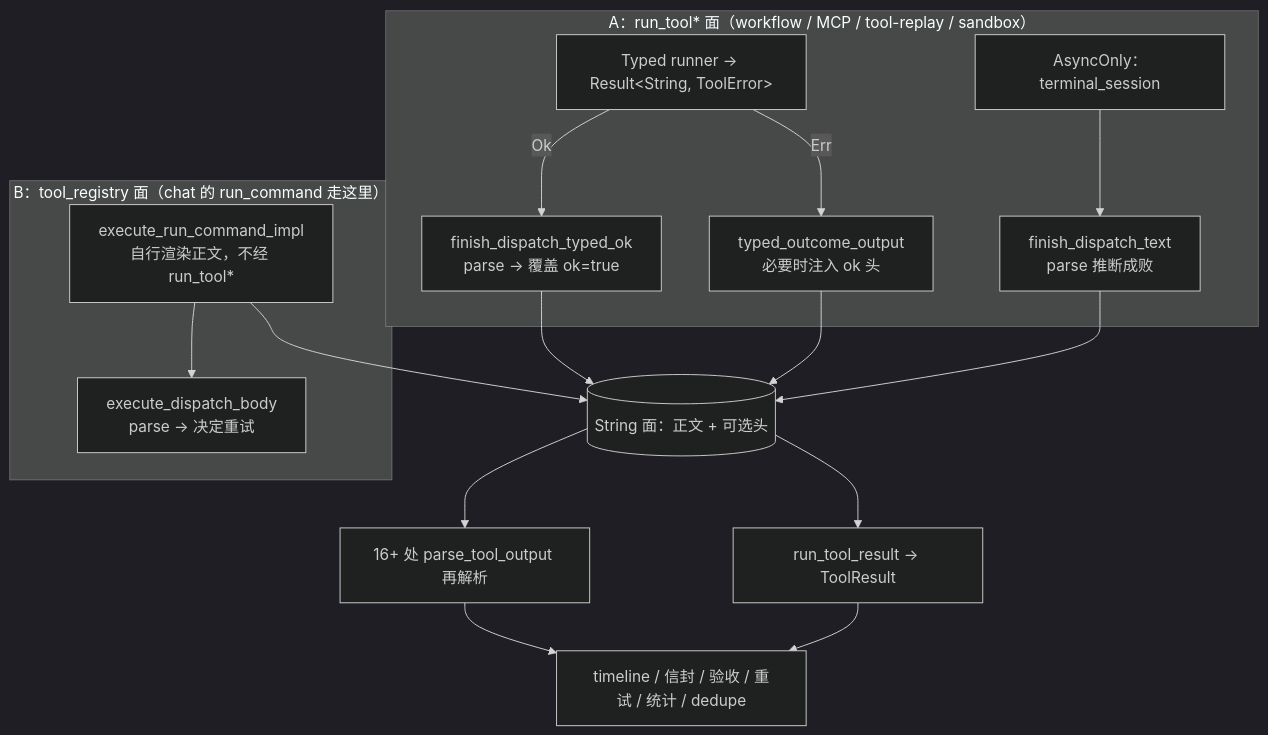
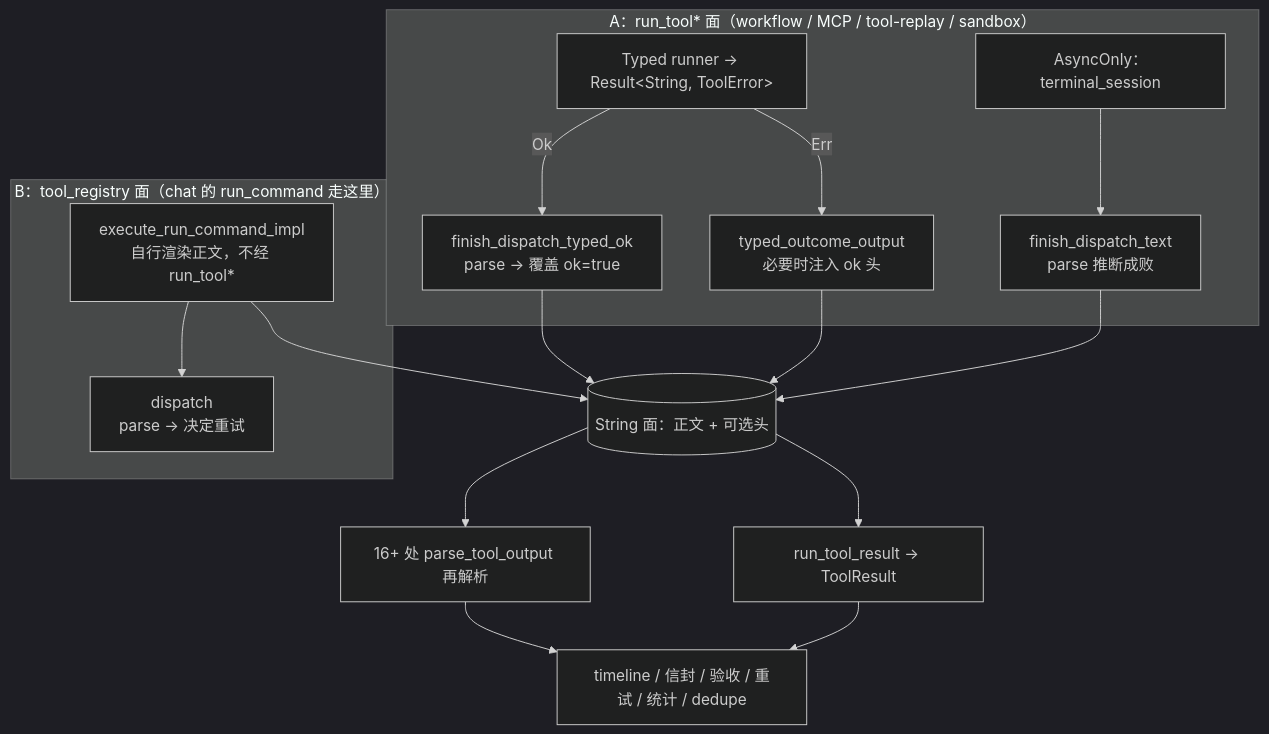
The diagram in docs/design/tool_outcome_pipeline.md (noisystreet/CrabMate), drawn with Mermaid (dark theme) before and after one commit. The commit also changed other lines of this file and 19 other files, not shown here.

````diff
--- a/docs/design/tool_outcome_pipeline.md
+++ b/docs/design/tool_outcome_pipeline.md
@@ -61,23 +61,23 @@
 ```mermaid
 flowchart TD
   subgraph G1["A：run_tool* 面（workflow / MCP / tool-replay / sandbox）"]
     T["Typed runner → Result&lt;String, ToolError&gt;"]
     AO["AsyncOnly：terminal_session"]
     T -->|Ok| F1["finish_dispatch_typed_ok<br/>parse → 覆盖 ok=true"]
     T -->|Err| F2["typed_outcome_output<br/>必要时注入 ok 头"]
     AO --> F3["finish_dispatch_text<br/>parse 推断成败"]
   end
   subgraph G2["B：tool_registry 面（chat 的 run_command 走这里）"]
     RC["execute_run_command_impl<br/>自行渲染正文，不经 run_tool*"]
-    RB["execute_dispatch_body<br/>parse → 决定重试"]
+    RB["dispatch<br/>parse → 决定重试"]
     RC --> RB
   end
   F1 --> S[("String 面：正文 + 可选头")]
   F2 --> S
   F3 --> S
   RC --> S
   S --> R["run_tool_result → ToolResult"]
   S --> P["16+ 处 parse_tool_output 再解析"]
   P --> C["timeline / 信封 / 验收 / 重试 / 统计 / dedupe"]
   R --> C
 ```
````
